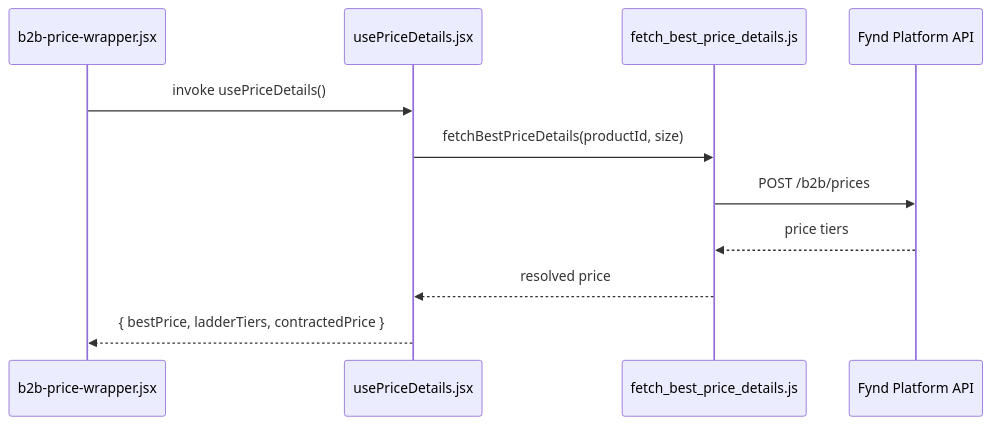
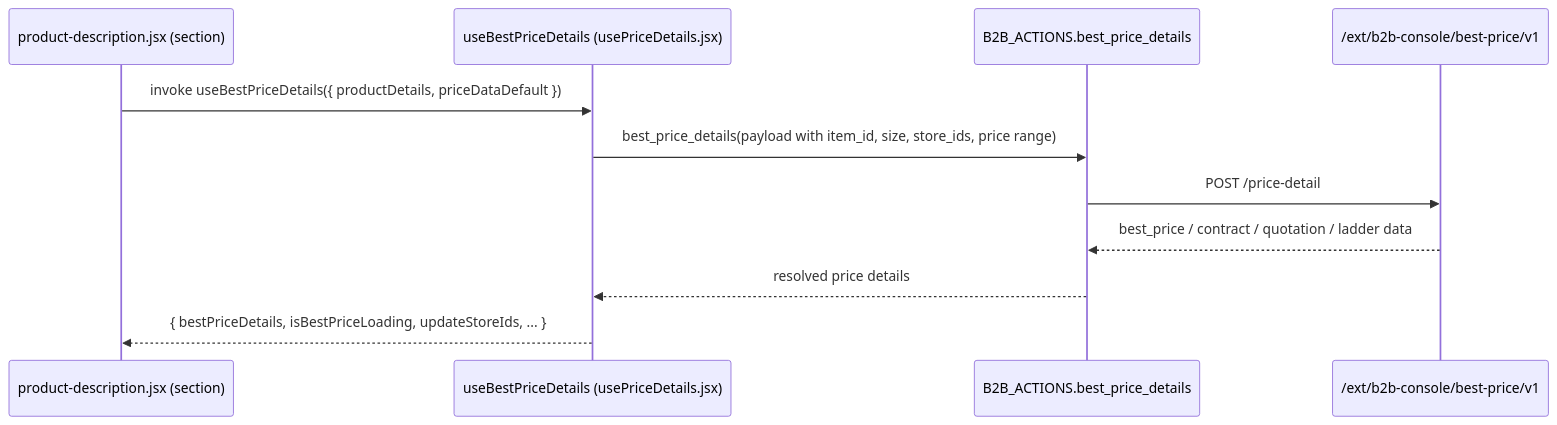
One commit to hetdevx/b2b-market-place-docs changed the third of 4 diagrams in docs/02-architecture/data-flow.md. Above: the diagram before and after it, drawn with Mermaid. The commit also changed other lines of this file and 154 other files, not shown here.

````diff
--- a/docs/02-architecture/data-flow.md
+++ b/docs/02-architecture/data-flow.md
@@ -56,14 +60,14 @@
 ```mermaid
 sequenceDiagram
-    participant PDP as b2b-price-wrapper.jsx
-    participant Hook as usePriceDetails.jsx
-    participant Helper as fetch_best_price_details.js
-    participant API as Fynd Platform API
+    participant PDP as product-description.jsx (section)
+    participant Hook as useBestPriceDetails (usePriceDetails.jsx)
+    participant Helper as B2B_ACTIONS.best_price_details
+    participant API as /ext/b2b-console/best-price/v1
 
-    PDP->>Hook: invoke usePriceDetails()
-    Hook->>Helper: fetchBestPriceDetails(productId, size)
-    Helper->>API: POST /b2b/prices
-    API-->>Helper: price tiers
-    Helper-->>Hook: resolved price
-    Hook-->>PDP: { bestPrice, ladderTiers, contractedPrice }
+    PDP->>Hook: invoke useBestPriceDetails({ productDetails, priceDataDefault })
+    Hook->>Helper: best_price_details(payload with item_id, size, store_ids, price range)
+    Helper->>API: POST /price-detail
+    API-->>Helper: best_price / contract / quotation / ladder data
+    Helper-->>Hook: resolved price details
+    Hook-->>PDP: { bestPriceDetails, isBestPriceLoading, updateStoreIds, ... }
 ```
````
